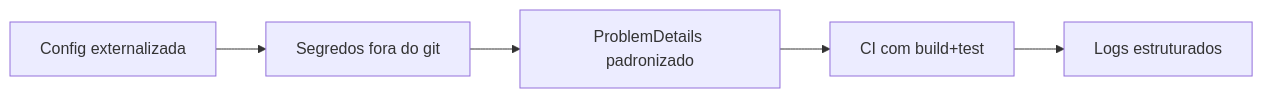
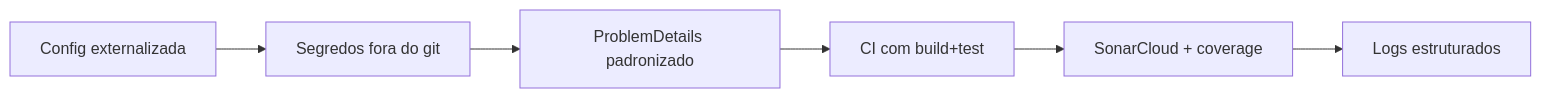
The sixth of 6 diagrams in .claude/TASKS.md (Wandersonrp/ecocell), drawn with Mermaid before and after one commit. The commit also changed other lines of this file and 1 other file, not shown here.

````diff
--- a/.claude/TASKS.md
+++ b/.claude/TASKS.md
@@ -684,7 +728,8 @@
 ```mermaid
 flowchart LR
     T1[Config externalizada] --> T2[Segredos fora do git]
     T2 --> T3[ProblemDetails padronizado]
     T3 --> T4[CI com build+test]
-    T4 --> T5[Logs estruturados]
+    T4 --> T5[SonarCloud + coverage]
+    T5 --> T6[Logs estruturados]
 ```
````
